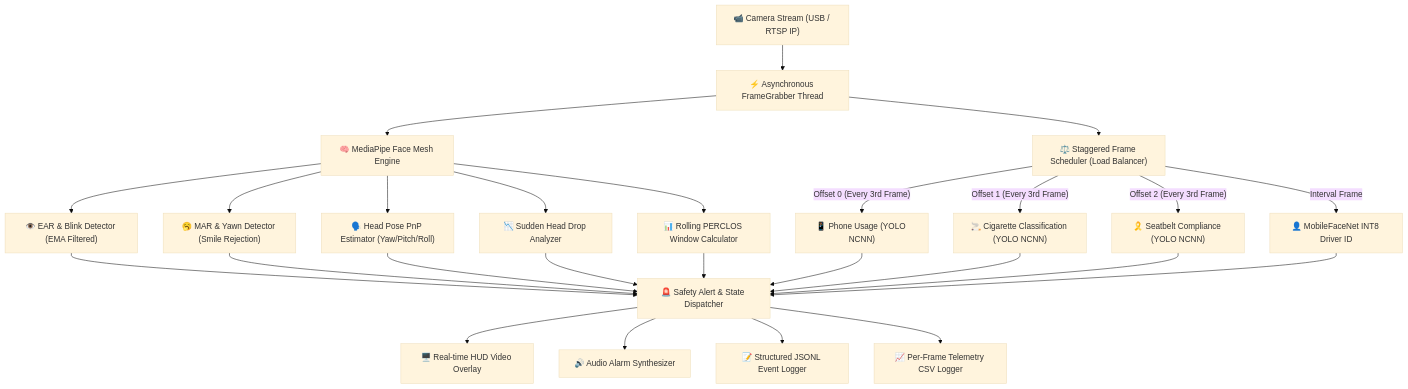
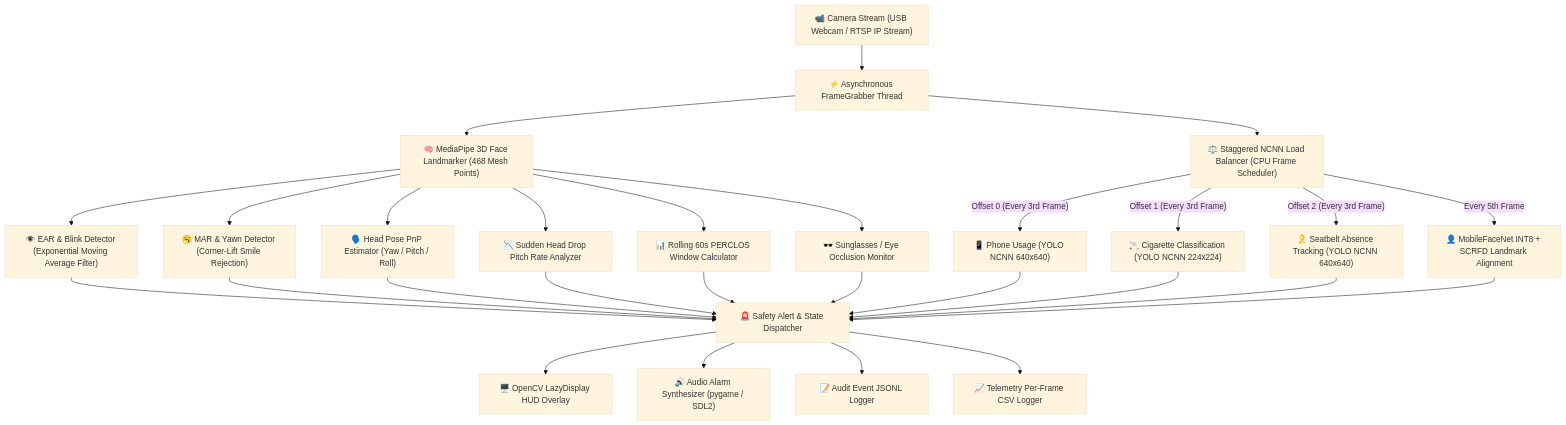
The diagram in README.md (VishnuAlgosium/drowsiness_detection), drawn with Mermaid (base theme) before and after one commit. The commit also changed other lines of this file, not shown here.

````diff
--- a/README.md
+++ b/README.md
@@ -36,24 +45,25 @@
 ```mermaid
 graph TD
-    A["📹 Camera Stream (USB / RTSP IP)"] --> B["⚡ Asynchronous FrameGrabber Thread"]
-    B --> C["🧠 MediaPipe Face Mesh Engine"]
+    A["📹 Camera Stream (USB Webcam / RTSP IP Stream)"] --> B["⚡ Asynchronous FrameGrabber Thread"]
+    B --> C["🧠 MediaPipe 3D Face Landmarker (468 Mesh Points)"]
     
-    C --> D1["👁️ EAR & Blink Detector (EMA Filtered)"]
-    C --> D2["🥱 MAR & Yawn Detector (Smile Rejection)"]
-    C --> D3["🗣️ Head Pose PnP Estimator (Yaw/Pitch/Roll)"]
-    C --> D4["📉 Sudden Head Drop Analyzer"]
-    C --> D5["📊 Rolling PERCLOS Window Calculator"]
+    C --> D1["👁️ EAR & Blink Detector (Exponential Moving Average Filter)"]
+    C --> D2["🥱 MAR & Yawn Detector (Corner-Lift Smile Rejection)"]
+    C --> D3["🗣️ Head Pose PnP Estimator (Yaw / Pitch / Roll)"]
+    C --> D4["📉 Sudden Head Drop Pitch Rate Analyzer"]
+    C --> D5["📊 Rolling 60s PERCLOS Window Calculator"]
+    C --> D6["🕶️ Sunglasses / Eye Occlusion Monitor"]
 
-    B --> E["⚖️ Staggered Frame Scheduler (Load Balancer)"]
-    E -- "Offset 0 (Every 3rd Frame)" --> F1["📱 Phone Usage (YOLO NCNN)"]
-    E -- "Offset 1 (Every 3rd Frame)" --> F2["🚬 Cigarette Classification (YOLO NCNN)"]
-    E -- "Offset 2 (Every 3rd Frame)" --> F3["🎗️ Seatbelt Compliance (YOLO NCNN)"]
-    E -- "Interval Frame" --> F4["👤 MobileFaceNet INT8 Driver ID"]
+    B --> E["⚖️ Staggered NCNN Load Balancer (CPU Frame Scheduler)"]
+    E -- "Offset 0 (Every 3rd Frame)" --> F1["📱 Phone Usage (YOLO NCNN 640x640)"]
+    E -- "Offset 1 (Every 3rd Frame)" --> F2["🚬 Cigarette Classification (YOLO NCNN 224x224)"]
+    E -- "Offset 2 (Every 3rd Frame)" --> F3["🎗️ Seatbelt Absence Tracking (YOLO NCNN 640x640)"]
+    E -- "Every 5th Frame" --> F4["👤 MobileFaceNet INT8 + SCRFD Landmark Alignment"]
 
-    D1 & D2 & D3 & D4 & D5 & F1 & F2 & F3 & F4 --> G["🚨 Safety Alert & State Dispatcher"]
+    D1 & D2 & D3 & D4 & D5 & D6 & F1 & F2 & F3 & F4 --> G["🚨 Safety Alert & State Dispatcher"]
     
-    G --> H1["🖥️ Real-time HUD Video Overlay"]
-    G --> H2["🔊 Audio Alarm Synthesizer"]
-    G --> H3["📝 Structured JSONL Event Logger"]
-    G --> H4["📈 Per-Frame Telemetry CSV Logger"]
+    G --> H1["🖥️ OpenCV LazyDisplay HUD Overlay"]
+    G --> H2["🔊 Audio Alarm Synthesizer (pygame / SDL2)"]
+    G --> H3["📝 Audit Event JSONL Logger"]
+    G --> H4["📈 Telemetry Per-Frame CSV Logger"]
 ```
````
